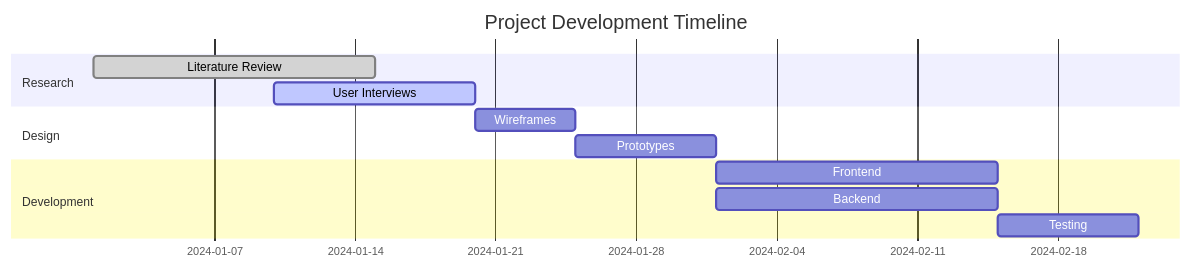
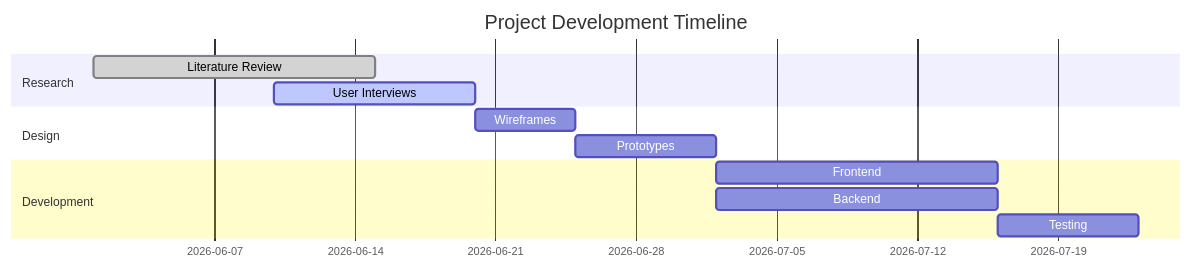
The fourth of 12 diagrams in public/data/workshops/workshop-01-afternoon-visual-version-control/01_concepts.md (DreamLab-AI/dreamlab-ai-website), drawn with Mermaid before and after one commit. The commit also changed 111 other files, not shown here.

````diff
--- a/public/data/workshops/workshop-01-afternoon-visual-version-control/01_concepts.md
+++ b/public/data/workshops/workshop-01-afternoon-visual-version-control/01_concepts.md
@@ -86,17 +86,17 @@
 ```mermaid
 gantt
     title Project Development Timeline
     dateFormat  YYYY-MM-DD
     section Research
-    Literature Review     :done,    des1, 2024-01-01, 2024-01-15
-    User Interviews      :active,  des2, 2024-01-10, 10d
+    Literature Review     :done,    des1, 2026-06-01, 2026-06-15
+    User Interviews      :active,  des2, 2026-06-10, 10d
     
     section Design
     Wireframes          :         des3, after des2, 5d
     Prototypes          :         des4, after des3, 7d
     
     section Development
     Frontend            :         dev1, after des4, 14d
     Backend             :         dev2, after des4, 14d
     Testing             :         test, after dev1, 7d
 ```
````
